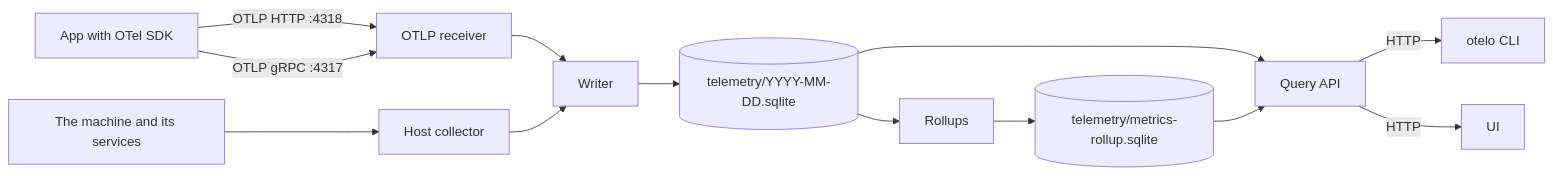
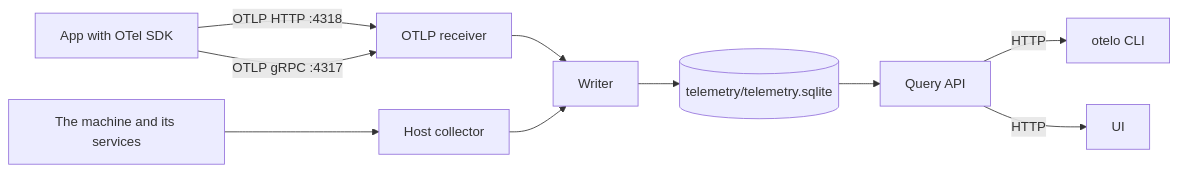
Before and after one commit to sukovanej/otelo: the first of 2 diagrams in docs/telemetry.md, drawn with Mermaid. The commit also changed other lines of this file, not shown here.

First line of the commit message:
doc telemetry: edit

````diff
--- a/docs/telemetry.md
+++ b/docs/telemetry.md
@@ -9,15 +9,12 @@
 ```mermaid
 flowchart LR
   app[App with OTel SDK] -->|OTLP HTTP :4318| recv[OTLP receiver]
   app -->|OTLP gRPC :4317| recv
   machine[The machine and its services] --> host[Host collector]
   recv --> writer[Writer]
   host --> writer
-  writer --> day[(telemetry/YYYY-MM-DD.sqlite)]
-  day --> rollup[Rollups]
-  rollup --> agg[(telemetry/metrics-rollup.sqlite)]
-  day --> api[Query API]
-  agg --> api
+  writer --> file[(telemetry/telemetry.sqlite)]
+  file --> api[Query API]
   api -->|HTTP| cli[otelo CLI]
   api -->|HTTP| ui[UI]
 ```
````
